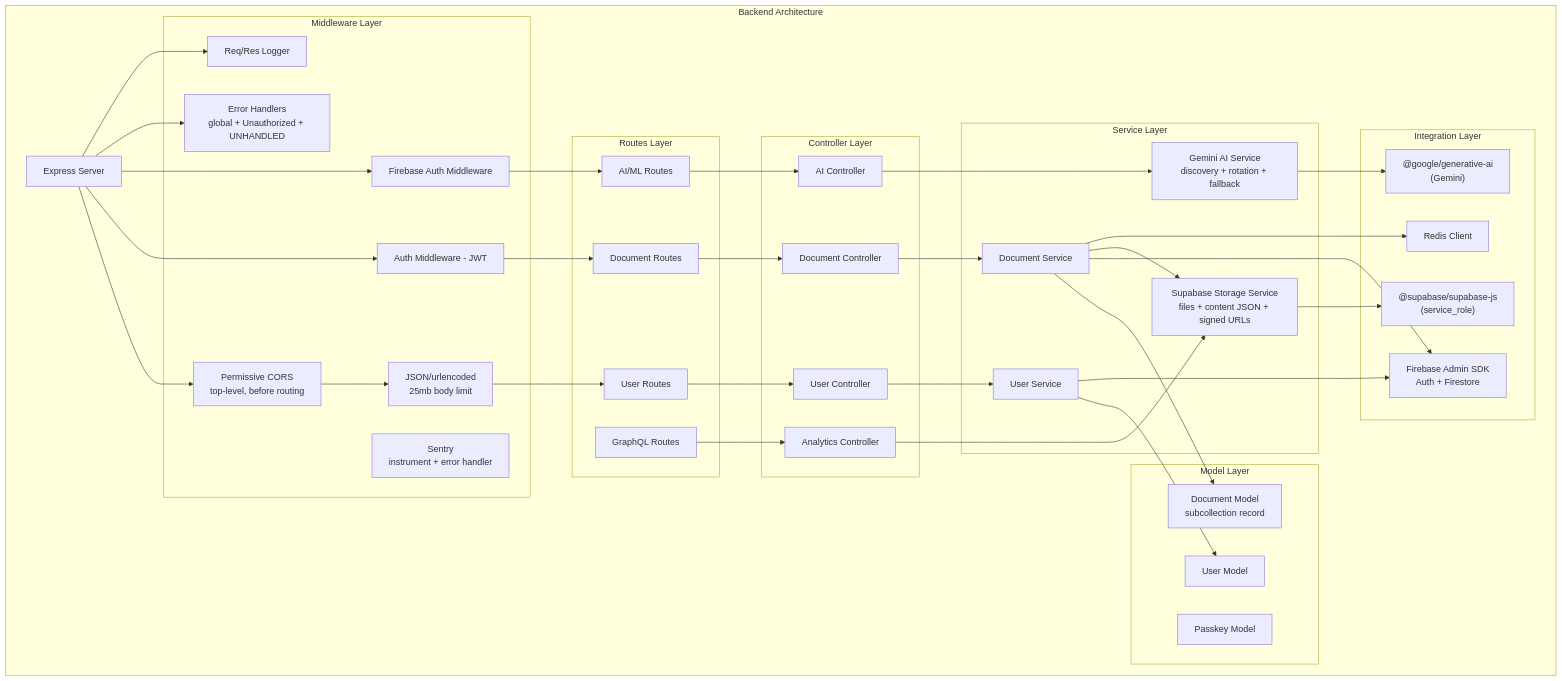
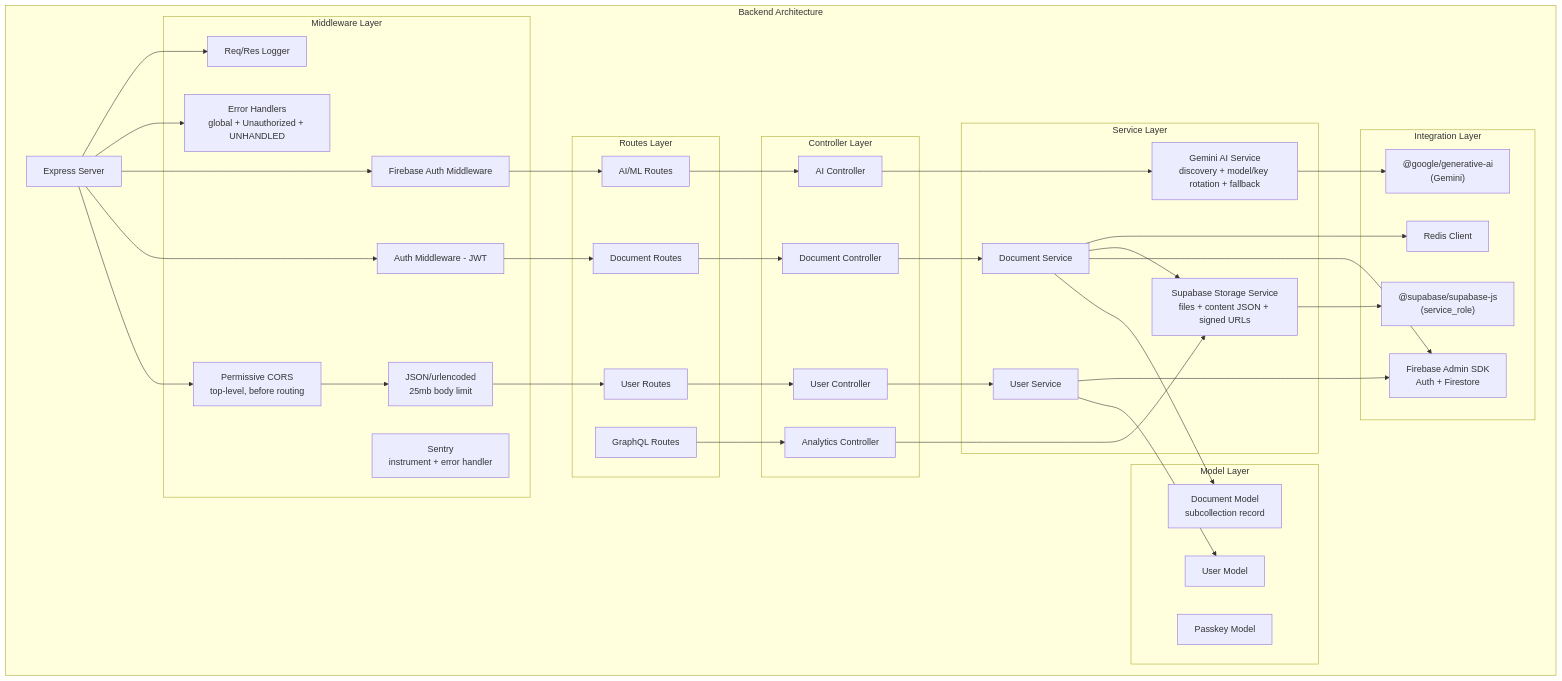
One commit to hoangsonww/DocuThinker-AI-App changed the sixth of 41 diagrams in ARCHITECTURE.md. Above: the diagram before and after it, drawn with Mermaid. The commit also changed other lines of this file and 3 other files, not shown here.

First line of the commit message:
feat: rotate Google Gemini API keys with quota-aware fallback

````diff
--- a/ARCHITECTURE.md
+++ b/ARCHITECTURE.md
@@ -533,81 +533,81 @@
 ```mermaid
 graph TB
     subgraph "Backend Architecture"
         A[Express Server]
 
         subgraph "Middleware Layer"
             B[Permissive CORS<br/>top-level, before routing]
             BJ[JSON/urlencoded<br/>25mb body limit]
             C[Auth Middleware - JWT]
             D[Firebase Auth Middleware]
             E[Error Handlers<br/>global + Unauthorized + UNHANDLED]
             F[Req/Res Logger]
             SEN[Sentry<br/>instrument + error handler]
         end
 
         subgraph "Routes Layer"
             G[User Routes]
             H[Document Routes]
             I[AI/ML Routes]
             J[GraphQL Routes]
         end
 
         subgraph "Controller Layer"
             K[User Controller]
             L[Document Controller]
             M[AI Controller]
             N[Analytics Controller]
         end
 
         subgraph "Service Layer"
             O[User Service]
             P[Document Service]
-            Q[Gemini AI Service<br/>discovery + rotation + fallback]
+            Q[Gemini AI Service<br/>discovery + model/key rotation + fallback]
             R[Supabase Storage Service<br/>files + content JSON + signed URLs]
         end
 
         subgraph "Model Layer"
             S[User Model]
             T[Document Model<br/>subcollection record]
             U[Passkey Model]
         end
 
         subgraph "Integration Layer"
             V[Firebase Admin SDK<br/>Auth + Firestore]
             W["@google/generative-ai<br/>(Gemini)"]
             SBX["@supabase/supabase-js<br/>(service_role)"]
             Y[Redis Client]
         end
     end
 
     A --> B
     B --> BJ
     A --> C
     A --> D
     A --> E
     A --> F
 
     BJ --> G
     C --> H
     D --> I
 
     G --> K
     H --> L
     I --> M
     J --> N
 
     K --> O
     L --> P
     M --> Q
     N --> R
 
     O --> S
     P --> T
 
     O --> V
     P --> V
     P --> R
     R --> SBX
     Q --> W
     P --> Y
 ```
````
